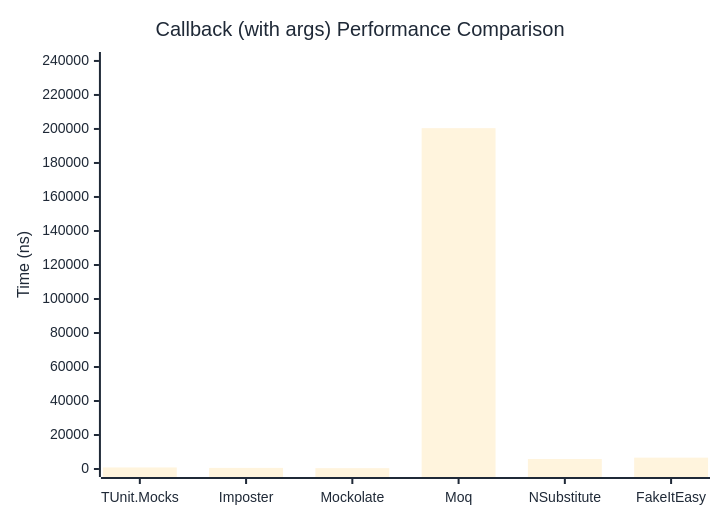
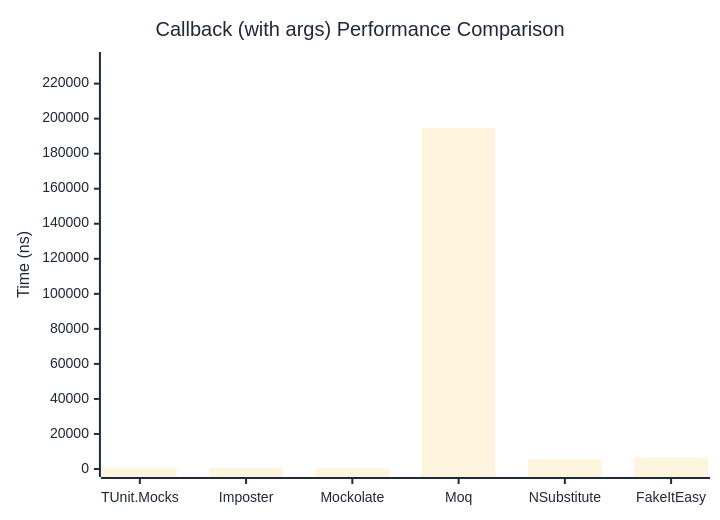
The second of 2 diagrams in docs/docs/benchmarks/mocks/Callback.md (thomhurst/TUnit), drawn with Mermaid before and after one commit. The commit also changed other lines of this file and 14 other files, not shown here.

````diff
--- a/docs/docs/benchmarks/mocks/Callback.md
+++ b/docs/docs/benchmarks/mocks/Callback.md
@@ -71,27 +71,27 @@
 ```mermaid
 %%{init: {
   'theme':'base',
   'themeVariables': {
     'primaryColor': '#2563eb',
     'primaryTextColor': '#1f2937',
     'primaryBorderColor': '#1e40af',
     'lineColor': '#6b7280',
     'secondaryColor': '#7c3aed',
     'tertiaryColor': '#dc2626',
     'background': '#ffffff',
     'pie1': '#2563eb',
     'pie2': '#7c3aed',
     'pie3': '#dc2626',
     'pie4': '#f59e0b',
     'pie5': '#10b981',
     'pie6': '#06b6d4',
     'pie7': '#ec4899',
     'pie8': '#6366f1'
   }
 }}%%
 xychart-beta
   title "Callback (with args) Performance Comparison"
   x-axis ["TUnit.Mocks", "Imposter", "Mockolate", "Moq", "NSubstitute", "FakeItEasy"]
-  y-axis "Time (ns)" 0 --> 240559
-  bar [906.6, 639.3, 488.7, 200465.2, 5870, 6670.1]
+  y-axis "Time (ns)" 0 --> 233478
+  bar [849.7, 582.4, 434.4, 194564.6, 5792.7, 6621.9]
 ```
````
